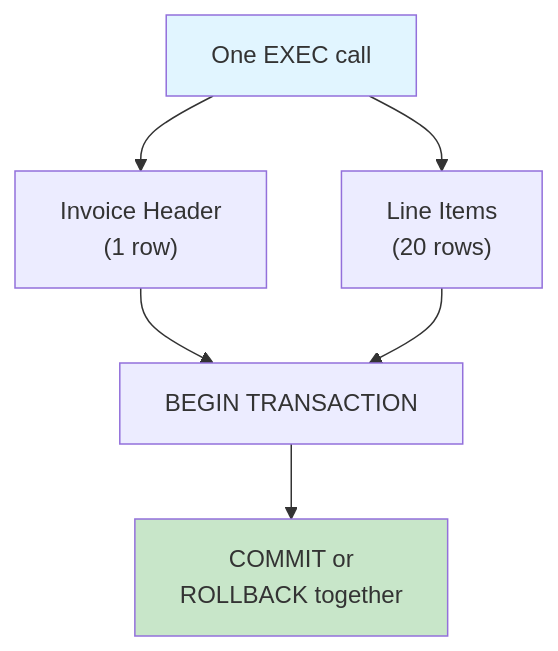
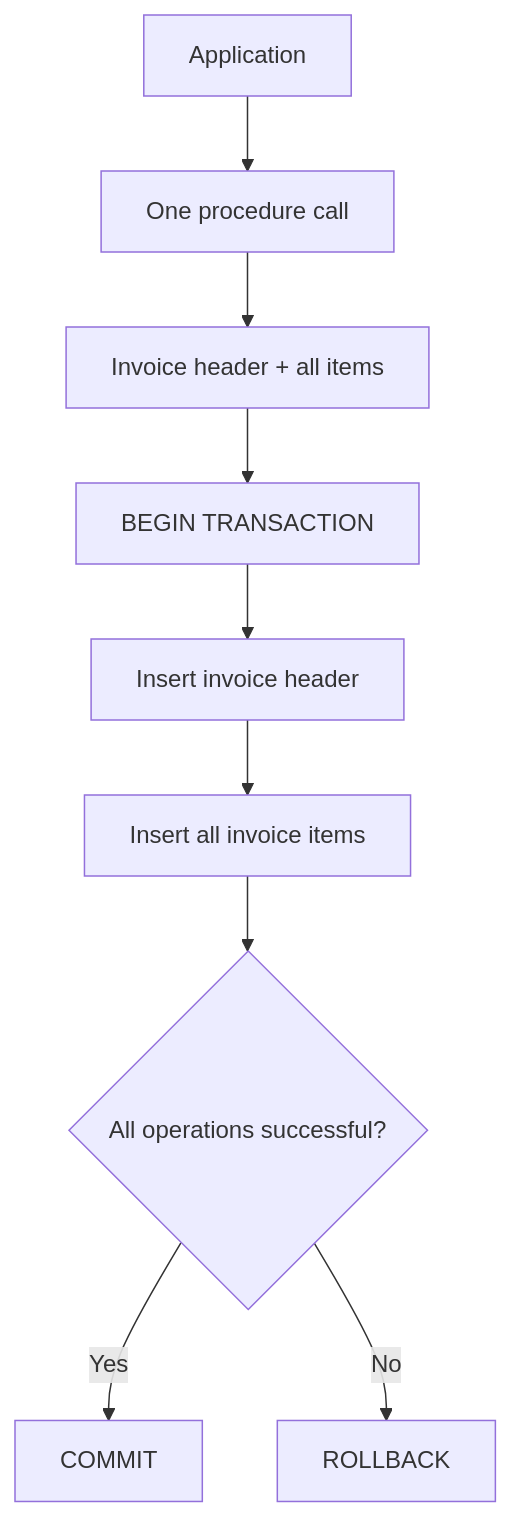
The first of 10 diagrams in labs/lab08-complex-parameters.md (tjovic/database-design-labs-public), drawn with Mermaid before and after one commit. The commit also changed other lines of this file, not shown here.

````diff
--- a/labs/lab08-complex-parameters.md
+++ b/labs/lab08-complex-parameters.md
@@ -60,10 +182,11 @@
 ```mermaid
 flowchart TD
-    A["One EXEC call"] --> B["Invoice Header<br/>(1 row)"]
-    A --> C["Line Items<br/>(20 rows)"]
-    B --> D["BEGIN TRANSACTION"]
-    C --> D
-    D --> E["COMMIT or<br/>ROLLBACK together"]
-    style A fill:#e1f5ff
-    style E fill:#c8e6c9
+    A["Application"] --> B["One procedure call"]
+    B --> C["Invoice header + all items"]
+    C --> D["BEGIN TRANSACTION"]
+    D --> E["Insert invoice header"]
+    E --> F["Insert all invoice items"]
+    F --> G{"All operations successful?"}
+    G -->|Yes| H["COMMIT"]
+    G -->|No| I["ROLLBACK"]
 ```
````
